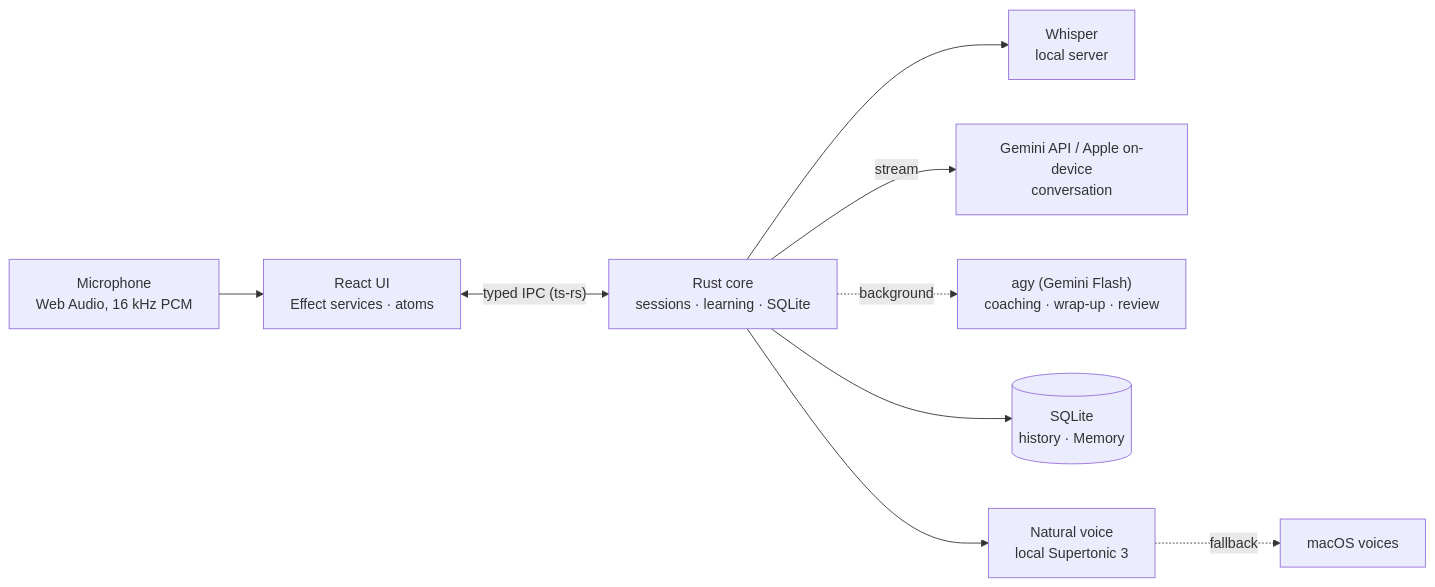
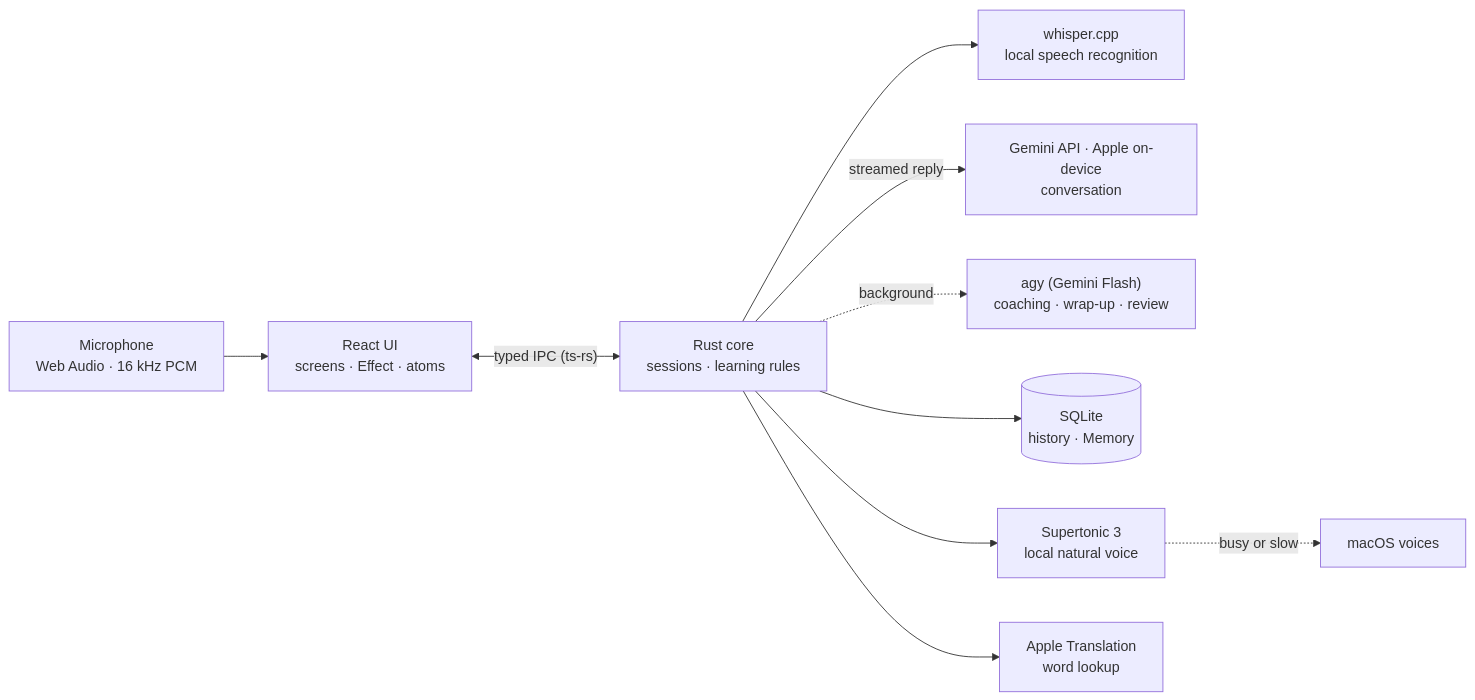
Before and after one commit to oleksii-latyshev/english-trainer: the diagram in README.md, drawn with Mermaid. The commit also changed other lines of this file and 2 other files, not shown here.

````diff
--- a/README.md
+++ b/README.md
@@ -26,11 +29,12 @@
 ```mermaid
 flowchart LR
-  mic["Microphone<br/>Web Audio, 16 kHz PCM"] --> ui["React UI<br/>Effect services · atoms"]
-  ui <-->|"typed IPC (ts-rs)"| core["Rust core<br/>sessions · learning · SQLite"]
-  core --> stt["Whisper<br/>local server"]
-  core -->|"stream"| conv["Gemini API / Apple on-device<br/>conversation"]
-  core -.->|"background"| eval["agy (Gemini Flash)<br/>coaching · wrap-up · review"]
+  mic["Microphone<br/>Web Audio · 16 kHz PCM"] --> ui["React UI<br/>screens · Effect · atoms"]
+  ui <-->|"typed IPC (ts-rs)"| core["Rust core<br/>sessions · learning rules"]
+  core --> stt["whisper.cpp<br/>local speech recognition"]
+  core -->|"streamed reply"| live["Gemini API · Apple on-device<br/>conversation"]
+  core -.->|"background"| bg["agy (Gemini Flash)<br/>coaching · wrap-up · review"]
   core --> db[("SQLite<br/>history · Memory")]
-  core --> tts["Natural voice<br/>local Supertonic 3"]
-  tts -.->|"fallback"| sys["macOS voices"]
+  core --> tts["Supertonic 3<br/>local natural voice"]
+  core --> tr["Apple Translation<br/>word lookup"]
+  tts -.->|"busy or slow"| sys["macOS voices"]
 ```
````
